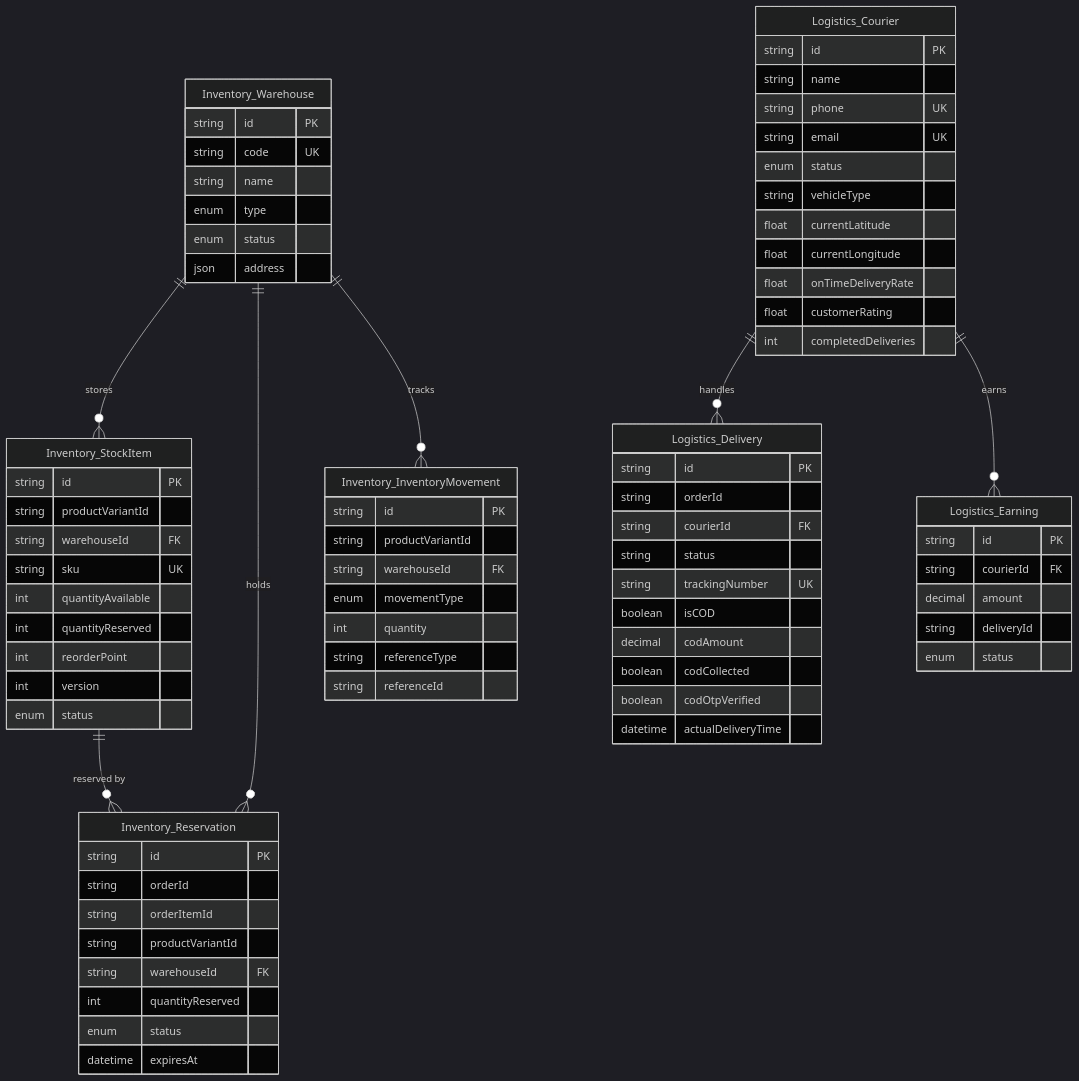
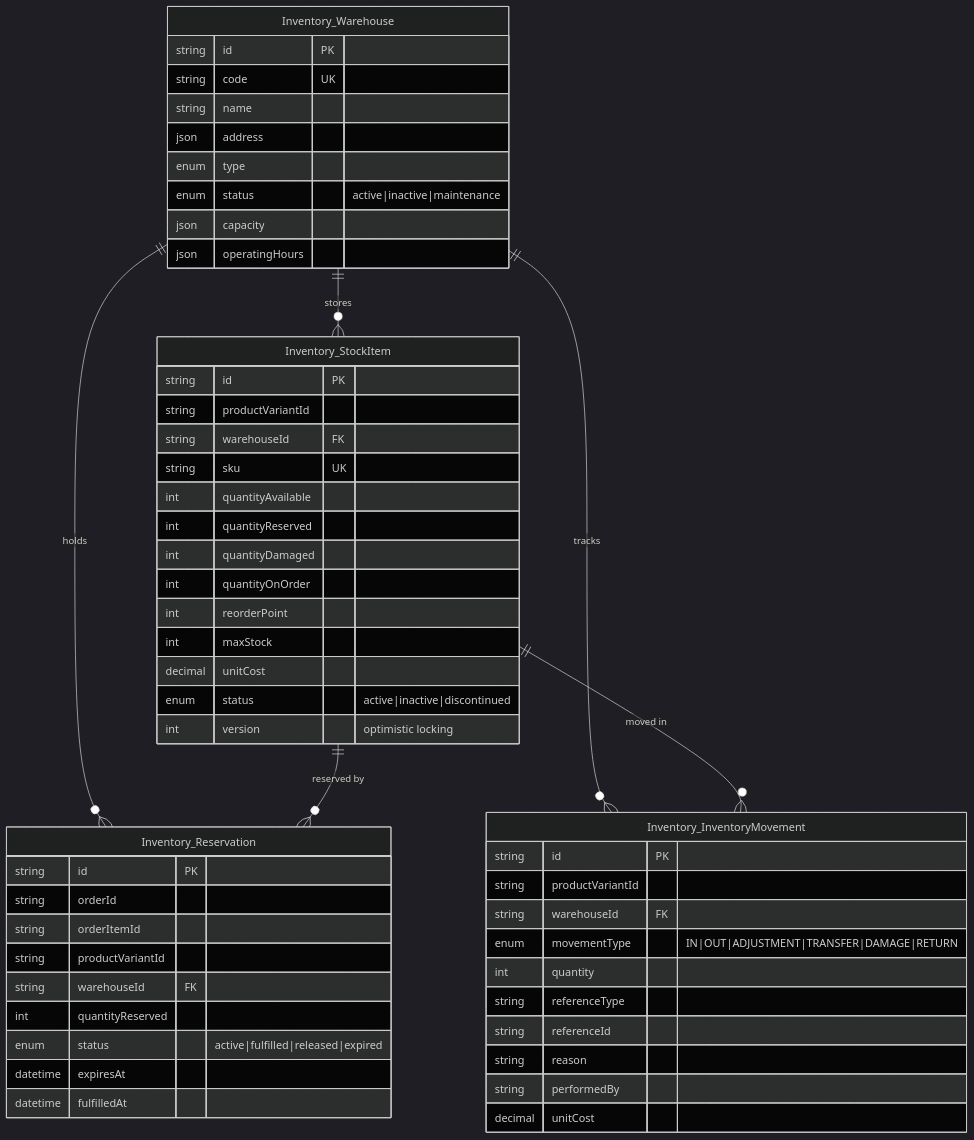
The fourth of 7 diagrams in docs/architecture/database-relationship-diagrams.md (maysar-014/maysar-express-backend), drawn with Mermaid (dark theme) before and after one commit. The commit also changed other lines of this file and 5 other files, not shown here.

First line of the commit message:
docs: rebuild diagrams from actual source code evidence

````diff
--- a/docs/architecture/database-relationship-diagrams.md
+++ b/docs/architecture/database-relationship-diagrams.md
@@ -277,9 +298,11 @@
         string id PK
         string code UK
         string name
+        json address
         enum type
-        enum status
-        json address
+        enum status "active|inactive|maintenance"
+        json capacity
+        json operatingHours
     }
 
     Inventory_StockItem {
@@ -289,9 +312,13 @@
         string sku UK
         int quantityAvailable
         int quantityReserved
+        int quantityDamaged
+        int quantityOnOrder
         int reorderPoint
-        int version
-        enum status
+        int maxStock
+        decimal unitCost
+        enum status "active|inactive|discontinued"
+        int version "optimistic locking"
     }
 
     Inventory_Reservation {
@@ -301,59 +328,27 @@
         string productVariantId
         string warehouseId FK
         int quantityReserved
-        enum status
+        enum status "active|fulfilled|released|expired"
         datetime expiresAt
+        datetime fulfilledAt
     }
 
     Inventory_InventoryMovement {
         string id PK
         string productVariantId
         string warehouseId FK
-        enum movementType
+        enum movementType "IN|OUT|ADJUSTMENT|TRANSFER|DAMAGE|RETURN"
         int quantity
         string referenceType
         string referenceId
-    }
-
-    Logistics_Courier {
-        string id PK
-        string name
-        string phone UK
-        string email UK
-        enum status
-        string vehicleType
-        float currentLatitude
-        float currentLongitude
-        float onTimeDeliveryRate
-        float customerRating
-        int completedDeliveries
-    }
-
-    Logistics_Delivery {
-        string id PK
-        string orderId
-        string courierId FK
-        string status
-        string trackingNumber UK
-        boolean isCOD
-        decimal codAmount
-        boolean codCollected
-        boolean codOtpVerified
-        datetime actualDeliveryTime
-    }
-
-    Logistics_Earning {
-        string id PK
-        string courierId FK
-        decimal amount
-        string deliveryId
-        enum status
+        string reason
+        string performedBy
+        decimal unitCost
     }
 
     Inventory_Warehouse ||--o{ Inventory_StockItem : "stores"
     Inventory_Warehouse ||--o{ Inventory_Reservation : "holds"
     Inventory_Warehouse ||--o{ Inventory_InventoryMovement : "tracks"
     Inventory_StockItem ||--o{ Inventory_Reservation : "reserved by"
-    Logistics_Courier ||--o{ Logistics_Delivery : "handles"
-    Logistics_Courier ||--o{ Logistics_Earning : "earns"
+    Inventory_StockItem ||--o{ Inventory_InventoryMovement : "moved in"
 ```
````
